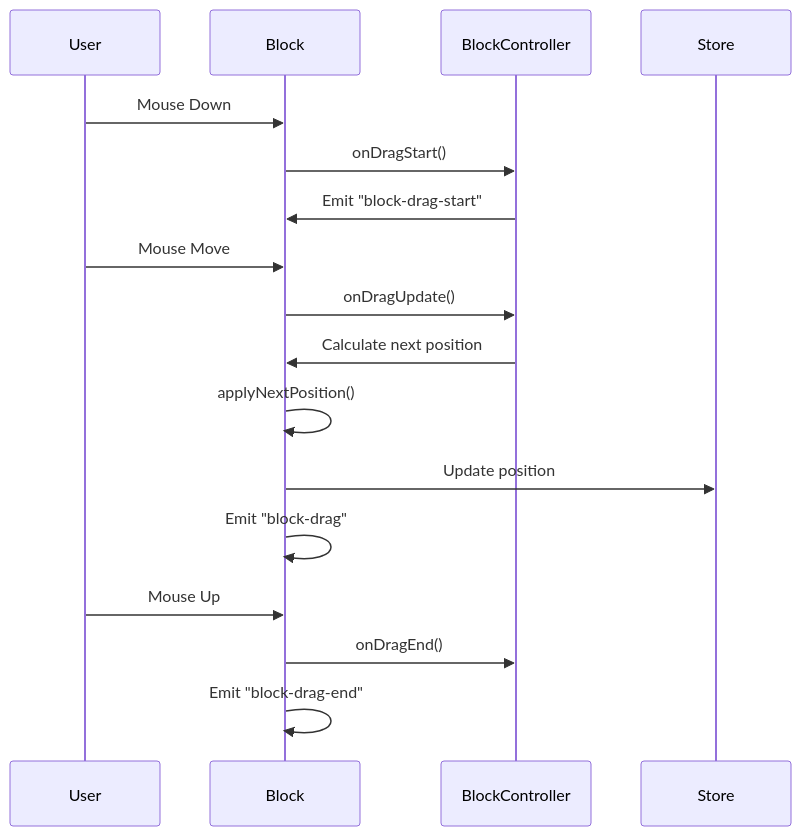
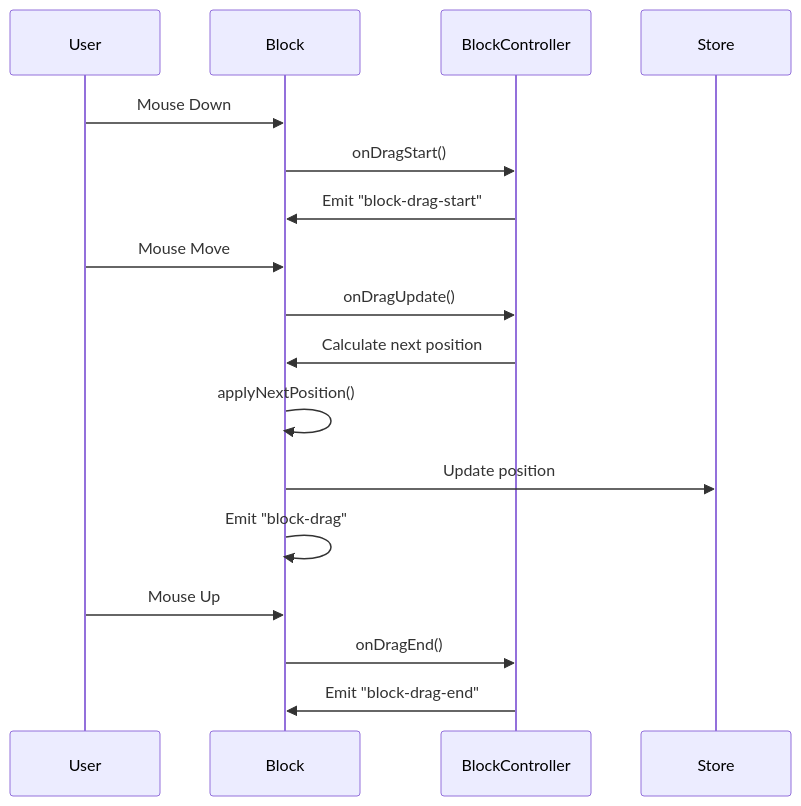
The second of 2 diagrams in docs/components/block-component.md (gravity-ui/graph), drawn with Mermaid before and after one commit. The commit also changed other lines of this file and 31 other files, not shown here.

````diff
--- a/docs/components/block-component.md
+++ b/docs/components/block-component.md
@@ -126,20 +159,20 @@
 ```mermaid
 sequenceDiagram
     participant User
     participant Block
     participant BlockController
     participant Store
     
     User->>Block: Mouse Down
     Block->>BlockController: onDragStart()
     BlockController->>Block: Emit "block-drag-start"
     User->>Block: Mouse Move
     Block->>BlockController: onDragUpdate()
     BlockController->>Block: Calculate next position
     Block->>Block: applyNextPosition()
     Block->>Store: Update position
     Block->>Block: Emit "block-drag"
     User->>Block: Mouse Up
     Block->>BlockController: onDragEnd()
-    Block->>Block: Emit "block-drag-end"
+    BlockController->>Block: Emit "block-drag-end"
 ```
````
